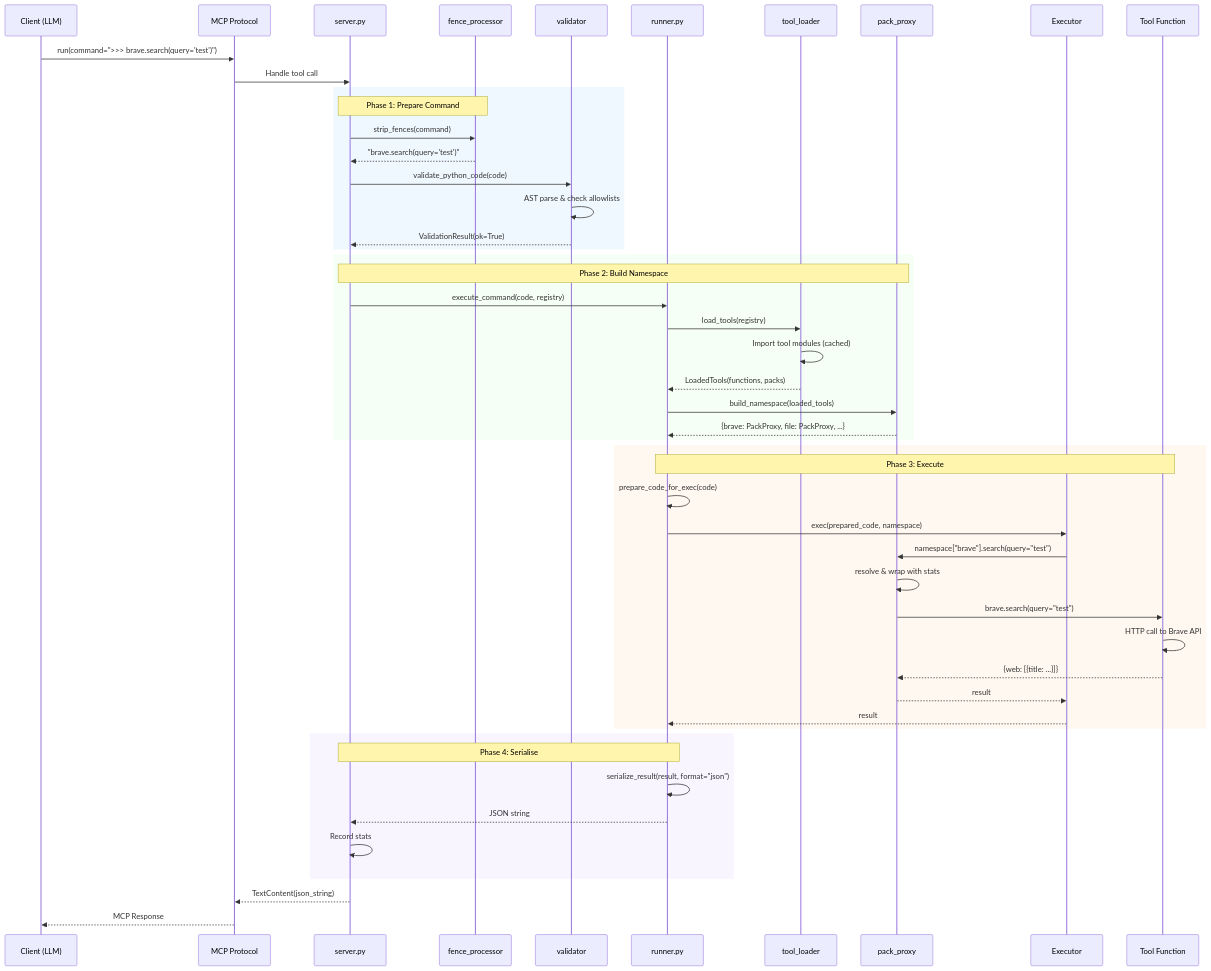
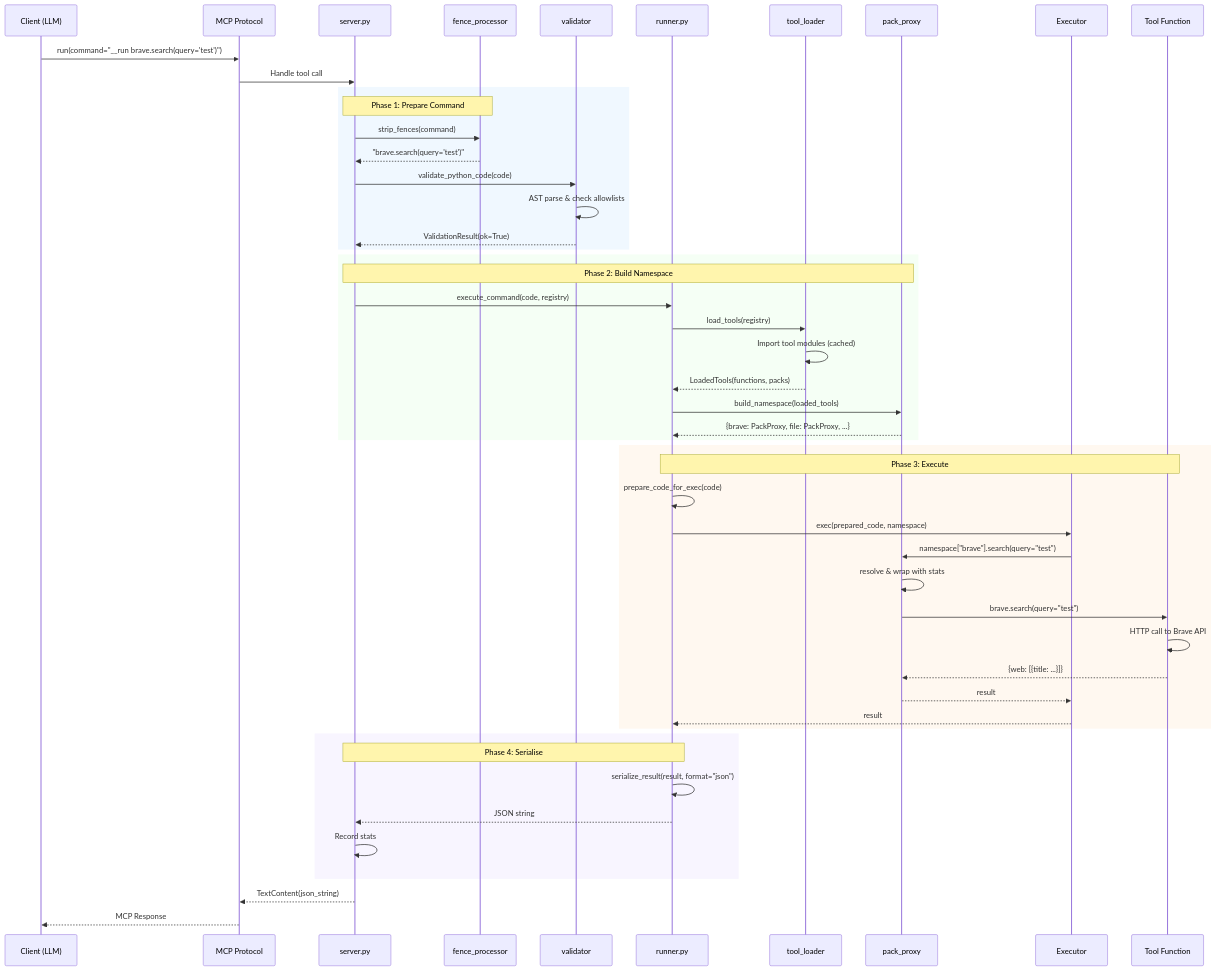
The diagram in dev/project/arch/request-pipeline.md (beycom/onetool-mcp), drawn with Mermaid before and after one commit. The commit also changed other lines of this file and 28 other files, not shown here.

````diff
--- a/dev/project/arch/request-pipeline.md
+++ b/dev/project/arch/request-pipeline.md
@@ -17,58 +18,58 @@
 ```mermaid
 sequenceDiagram
     participant C as Client (LLM)
     participant M as MCP Protocol
     participant S as server.py
     participant F as fence_processor
     participant V as validator
     participant R as runner.py
     participant L as tool_loader
     participant P as pack_proxy
     participant E as Executor
     participant T as Tool Function
 
-    C->>M: run(command=">>> brave.search(query='test')")
+    C->>M: run(command="__run brave.search(query='test')")
     M->>S: Handle tool call
 
     rect rgb(240, 248, 255)
         Note over S,F: Phase 1: Prepare Command
         S->>F: strip_fences(command)
         F-->>S: "brave.search(query='test')"
         S->>V: validate_python_code(code)
         V->>V: AST parse & check allowlists
         V-->>S: ValidationResult(ok=True)
     end
 
     rect rgb(245, 255, 245)
         Note over S,P: Phase 2: Build Namespace
         S->>R: execute_command(code, registry)
         R->>L: load_tools(registry)
         L->>L: Import tool modules (cached)
         L-->>R: LoadedTools(functions, packs)
         R->>P: build_namespace(loaded_tools)
         P-->>R: {brave: PackProxy, file: PackProxy, ...}
     end
 
     rect rgb(255, 248, 240)
         Note over R,T: Phase 3: Execute
         R->>R: prepare_code_for_exec(code)
         R->>E: exec(prepared_code, namespace)
         E->>P: namespace["brave"].search(query="test")
         P->>P: resolve & wrap with stats
         P->>T: brave.search(query="test")
         T->>T: HTTP call to Brave API
         T-->>P: {web: [{title: ...}]}
         P-->>E: result
         E-->>R: result
     end
 
     rect rgb(248, 245, 255)
         Note over R,S: Phase 4: Serialise
         R->>R: serialize_result(result, format="json")
         R-->>S: JSON string
         S->>S: Record stats
     end
 
     S-->>M: TextContent(json_string)
     M-->>C: MCP Response
 ```
````
